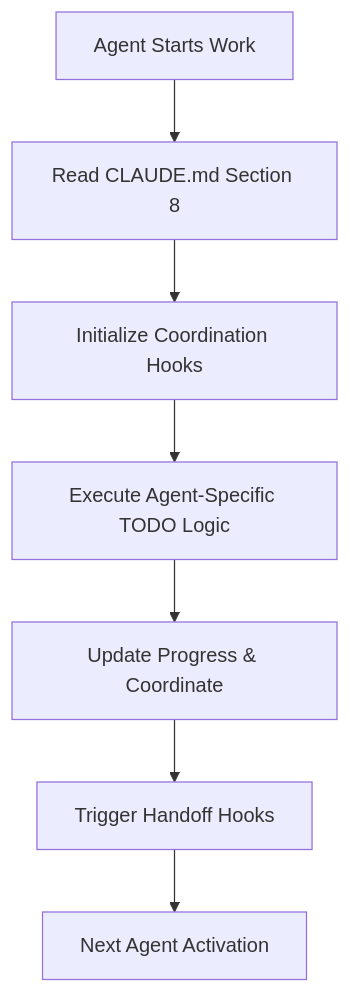
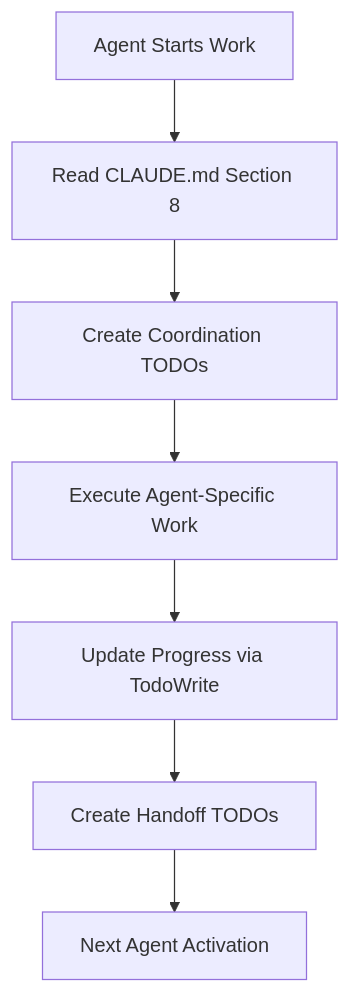
Before and after one commit to bartoszwarzocha/my_name_is_claude: the diagram in .claude/templates/todo/agent-coordination-hooks.md, drawn with Mermaid. The commit also changed other lines of this file and 111 other files, not shown here.

````diff
--- a/.claude/templates/todo/agent-coordination-hooks.md
+++ b/.claude/templates/todo/agent-coordination-hooks.md
@@ -11,9 +11,9 @@
 ```mermaid
 graph TD
     A[Agent Starts Work] --> B[Read CLAUDE.md Section 8]
-    B --> C[Initialize Coordination Hooks]
-    C --> D[Execute Agent-Specific TODO Logic]
-    D --> E[Update Progress & Coordinate]
-    E --> F[Trigger Handoff Hooks]
+    B --> C[Create Coordination TODOs]
+    C --> D[Execute Agent-Specific Work]
+    D --> E[Update Progress via TodoWrite]
+    E --> F[Create Handoff TODOs]
     F --> G[Next Agent Activation]
 ```
````
